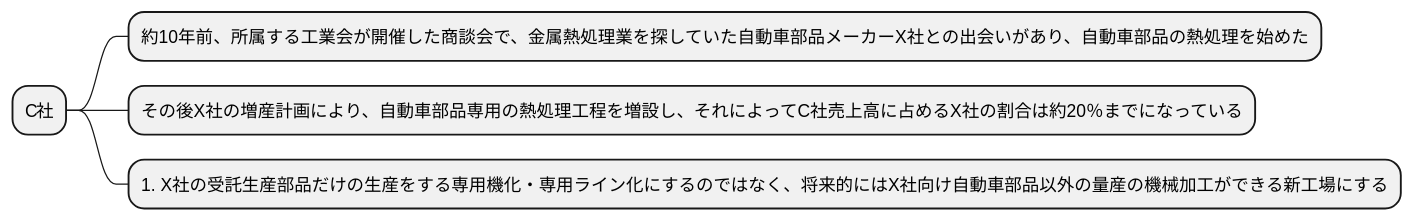
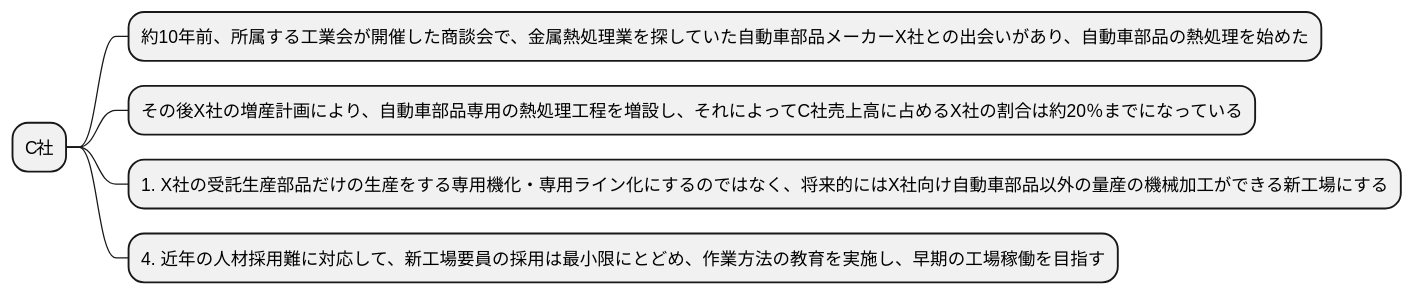
One commit to k2works/requirements_definition_excercise changed diagram 11 of 12 in docs/R01/study/study_3_take01.md. Above: the diagram before and after it, drawn with PlantUML. The commit also changed other lines of this file, not shown here.

````diff
--- a/docs/R01/study/study_3_take01.md
+++ b/docs/R01/study/study_3_take01.md
@@ -315,10 +356,11 @@
 ```plantuml
 @startmindmap
 
 * C社
 ** 約10年前、所属する工業会が開催した商談会で、金属熱処理業を探していた自動車部品メーカーX社との出会いがあり、自動車部品の熱処理を始めた
 ** その後X社の増産計画により、自動車部品専用の熱処理工程を増設し、それによってC社売上高に占めるX社の割合は約20％までになっている
 ** 1. X社の受託生産部品だけの生産をする専用機化・専用ライン化にするのではなく、将来的にはX社向け自動車部品以外の量産の機械加工ができる新工場にする
+** 4. 近年の人材採用難に対応して、新工場要員の採用は最小限にとどめ、作業方法の教育を実施し、早期の工場稼働を目指す
 
 @endmindmap
 ```
````
